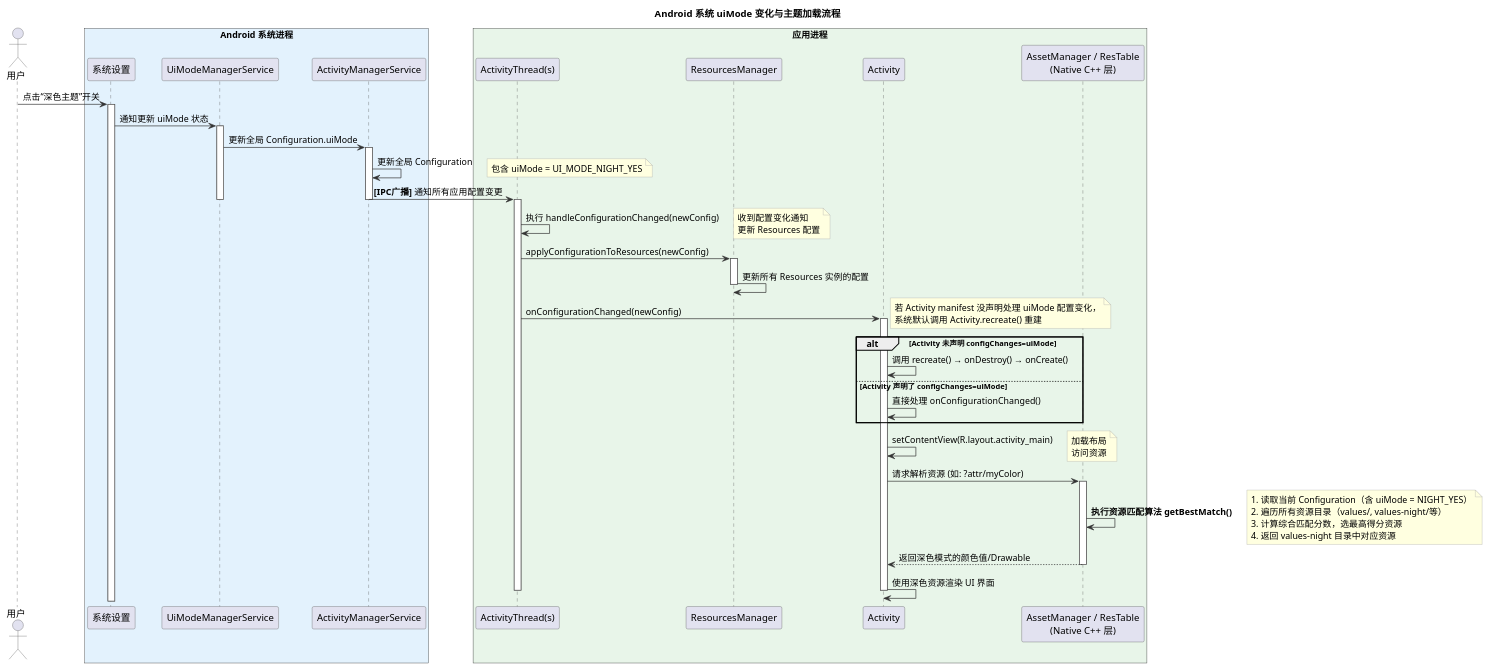
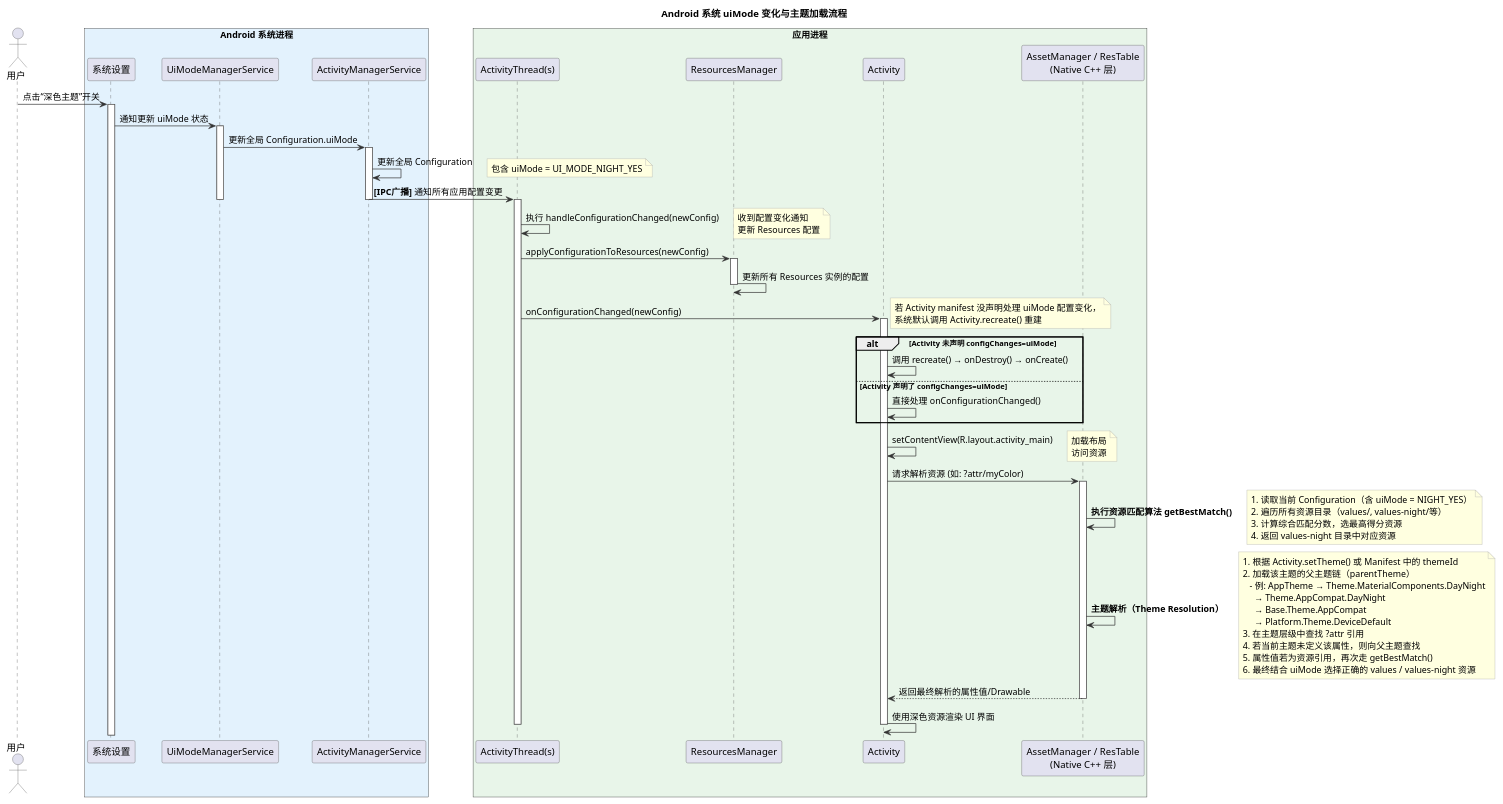
The diagram in static/images/plantuml/uiMode.puml (Ethen-Cao/ethenslab), drawn with PlantUML before and after one commit.

Commit message:
theme v2.0

```diff
--- a/static/images/plantuml/uiMode.puml
+++ b/static/images/plantuml/uiMode.puml
@@ -1,99 +1,113 @@
 @startuml
 skinparam defaultFontColor #000000
 skinparam shadowing false
 skinparam sequence {
     LifeLineBorderColor #555555
     ActorBorderColor #555555
     ParticipantBorderColor #555555
     ArrowColor #333333
 }
 skinparam note {
     BackgroundColor #FFFFE0
     BorderColor #A8A8A8
 }
 
 title Android 系统 uiMode 变化与主题加载流程
 
 actor "用户" as User
 
 box "Android 系统进程" #E3F2FD
     participant "系统设置" as Settings
     participant "UiModeManagerService" as UiModeMgr
     participant "ActivityManagerService" as AMS
 end box
 
 box "应用进程" #E8F5E9
     participant "ActivityThread(s)" as AppThread
     participant "ResourcesManager" as ResManager
     participant "Activity" as AppActivity
     participant "AssetManager / ResTable\n(Native C++ 层)" as NativeLib
 end box
 
 User -> Settings: 点击“深色主题”开关
 activate Settings
 
 Settings -> UiModeMgr: 通知更新 uiMode 状态
 activate UiModeMgr
 
 UiModeMgr -> AMS: 更新全局 Configuration.uiMode
 activate AMS
 
 AMS -> AMS: 更新全局 Configuration
 note right
   包含 uiMode = UI_MODE_NIGHT_YES
 end note
 AMS -> AppThread: **[IPC广播]** 通知所有应用配置变更
 deactivate AMS
 deactivate UiModeMgr
 
 activate AppThread
 
 AppThread -> AppThread: 执行 handleConfigurationChanged(newConfig)
 note right
   收到配置变化通知
   更新 Resources 配置
 end note
 
 AppThread -> ResManager: applyConfigurationToResources(newConfig)
 activate ResManager
 ResManager -> ResManager: 更新所有 Resources 实例的配置
 deactivate ResManager
 
 AppThread -> AppActivity: onConfigurationChanged(newConfig)
 activate AppActivity
 note right
   若 Activity manifest 没声明处理 uiMode 配置变化，
   系统默认调用 Activity.recreate() 重建
 end note
 
 alt Activity 未声明 configChanges=uiMode
     AppActivity -> AppActivity: 调用 recreate() → onDestroy() → onCreate()
 else Activity 声明了 configChanges=uiMode
     AppActivity -> AppActivity: 直接处理 onConfigurationChanged()
 end
 
 AppActivity -> AppActivity: setContentView(R.layout.activity_main)
 note right
   加载布局
   访问资源
 end note
 
 AppActivity -> NativeLib: 请求解析资源 (如: ?attr/myColor)
 activate NativeLib
 
 NativeLib -> NativeLib: **执行资源匹配算法 getBestMatch()**
 note right
   1. 读取当前 Configuration（含 uiMode = NIGHT_YES）
   2. 遍历所有资源目录（values/, values-night/等）
   3. 计算综合匹配分数，选最高得分资源
   4. 返回 values-night 目录中对应资源
 end note
 
-NativeLib --> AppActivity: 返回深色模式的颜色值/Drawable
+NativeLib -> NativeLib: **主题解析（Theme Resolution）**
+note right
+  1. 根据 Activity.setTheme() 或 Manifest 中的 themeId
+  2. 加载该主题的父主题链（parentTheme）
+     - 例: AppTheme → Theme.MaterialComponents.DayNight
+       → Theme.AppCompat.DayNight
+       → Base.Theme.AppCompat
+       → Platform.Theme.DeviceDefault
+  3. 在主题层级中查找 ?attr 引用
+  4. 若当前主题未定义该属性，则向父主题查找
+  5. 属性值若为资源引用，再次走 getBestMatch()
+  6. 最终结合 uiMode 选择正确的 values / values-night 资源
+end note
+
+NativeLib --> AppActivity: 返回最终解析的属性值/Drawable
 deactivate NativeLib
 
 AppActivity -> AppActivity: 使用深色资源渲染 UI 界面
 deactivate AppActivity
 deactivate AppThread
 
 @enduml
```
